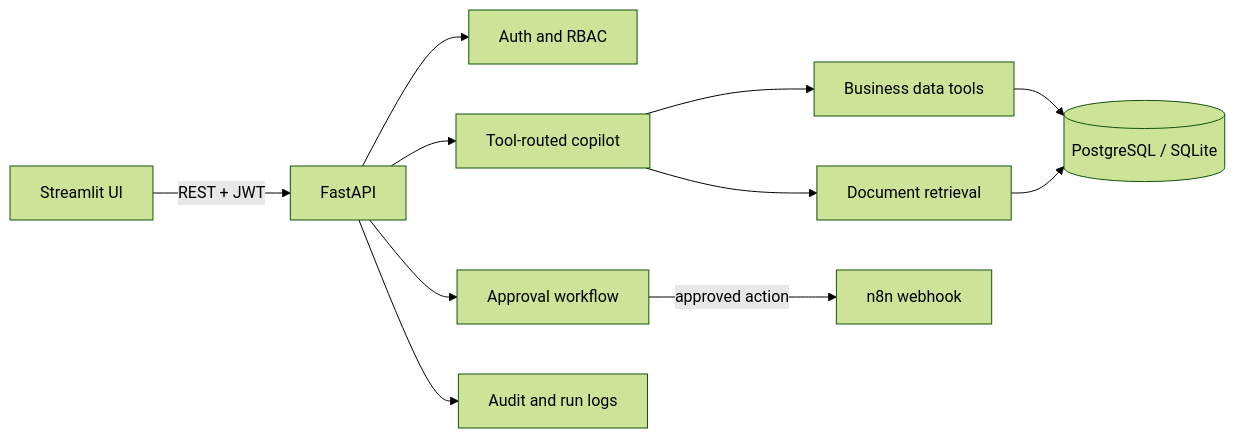
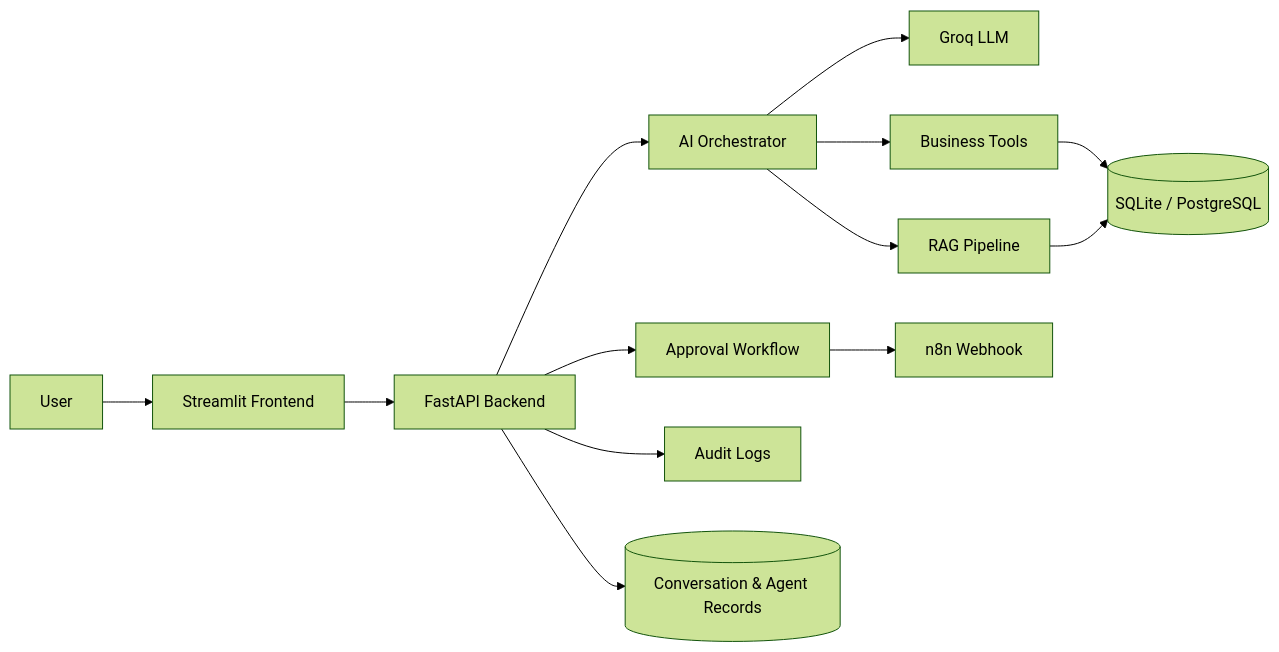
The diagram in README.md (Alisabir4/ops-copilot), drawn with Mermaid (forest theme) before and after one commit. The commit also changed other lines of this file, not shown here.

````diff
--- a/README.md
+++ b/README.md
@@ -22,13 +128,20 @@
 ```mermaid
 flowchart LR
-  UI[Streamlit UI] -->|REST + JWT| API[FastAPI]
-  API --> AUTH[Auth and RBAC]
-  API --> AGENT[Tool-routed copilot]
-  AGENT --> TOOLS[Business data tools]
-  AGENT --> RAG[Document retrieval]
-  TOOLS --> DB[(PostgreSQL / SQLite)]
-  RAG --> DB
-  API --> APPROVAL[Approval workflow]
-  APPROVAL -->|approved action| N8N[n8n webhook]
-  API --> AUDIT[Audit and run logs]
+    U[User] --> S[Streamlit Frontend]
+    S --> F[FastAPI Backend]
+
+    F --> A[AI Orchestrator]
+
+    A --> G[Groq LLM]
+    A --> T[Business Tools]
+    A --> R[RAG Pipeline]
+
+    T --> D[(SQLite / PostgreSQL)]
+    R --> D
+
+    F --> AP[Approval Workflow]
+    AP --> N[n8n Webhook]
+
+    F --> AL[Audit Logs]
+    F --> C[(Conversation & Agent Records)]
 ```
````
